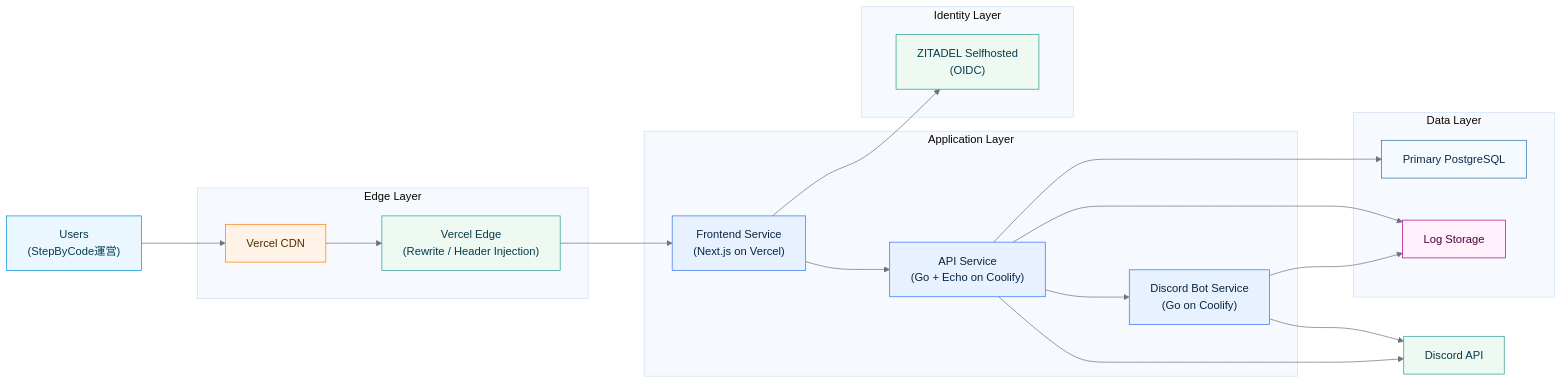
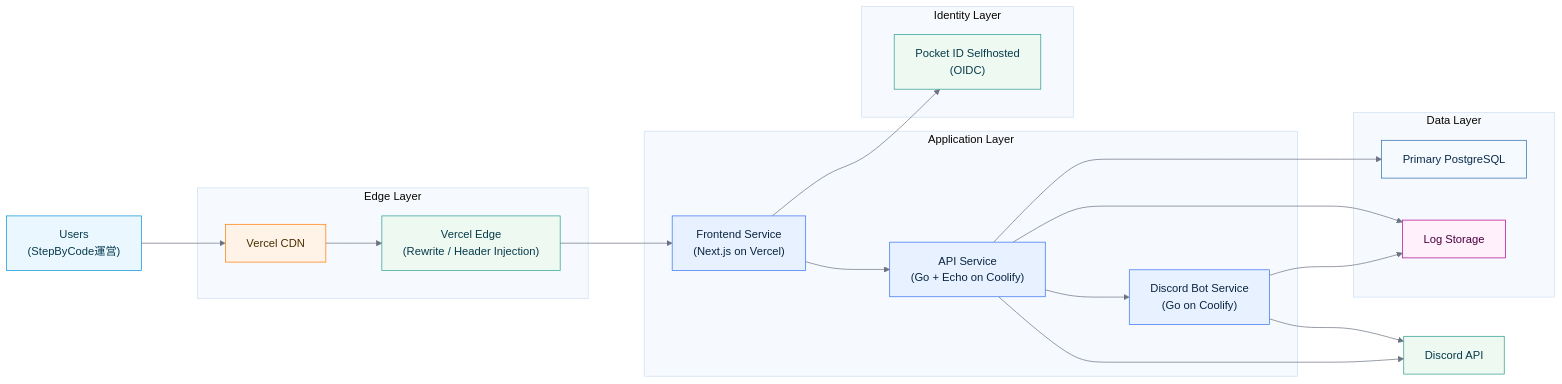
One commit to StepByCode/ashiato changed the diagram in doc/07_infrastructure.md. Above: the diagram before and after it, drawn with Mermaid. The commit also changed other lines of this file and 37 other files, not shown here.

````diff
--- a/doc/07_infrastructure.md
+++ b/doc/07_infrastructure.md
@@ -5,57 +5,57 @@
 ```mermaid
 %%{init: {
   "theme": "base",
   "themeVariables": {
     "background": "#FFFFFF",
     "primaryColor": "#EEF5FF",
     "primaryTextColor": "#0A2540",
     "primaryBorderColor": "#3572EF",
     "lineColor": "#6B7280",
     "tertiaryColor": "#F6FAFF"
   },
   "flowchart": { "curve": "basis", "nodeSpacing": 60, "rankSpacing": 80 }
 }}%%
 flowchart LR
     USER["Users<br/>(StepByCode運営)"]:::entry
 
     subgraph EDGE["Edge Layer"]
         CDN["Vercel CDN"]:::edge
         EDGE_FUNC["Vercel Edge<br/>(Rewrite / Header Injection)"]:::svc
     end
 
     subgraph APP["Application Layer"]
         FE["Frontend Service<br/>(Next.js on Vercel)"]:::app
         API["API Service<br/>(Go + Echo on Coolify)"]:::app
         BOT["Discord Bot Service<br/>(Go on Coolify)"]:::app
     end
 
     subgraph IDENTITY["Identity Layer"]
-        IDP["ZITADEL Selfhosted<br/>(OIDC)"]:::svc
+        IDP["Pocket ID Selfhosted<br/>(OIDC)"]:::svc
     end
 
     subgraph DATA["Data Layer"]
         RDB["Primary PostgreSQL"]:::db
         LOGS["Log Storage"]:::data
     end
 
     DISCORD["Discord API"]:::svc
 
     USER --> CDN
     CDN --> EDGE_FUNC
     EDGE_FUNC --> FE
     FE --> IDP
     FE --> API
     API --> RDB
     API --> LOGS
     BOT --> LOGS
     API --> BOT
     API --> DISCORD
     BOT --> DISCORD
 
     classDef edge fill:#fff2e6,stroke:#ff7a00,color:#4a2f00;
     classDef svc fill:#eef9f1,stroke:#2a9d8f,color:#073b4c;
     classDef app fill:#e8f1ff,stroke:#3572ef,color:#0a2540;
     classDef entry fill:#eaf7ff,stroke:#0091d5,color:#073b4c;
     classDef db fill:#f5faff,stroke:#2b6cb0,color:#0a2a4a;
     classDef data fill:#fff0fb,stroke:#b1008a,color:#4a0040;
 ```
````
